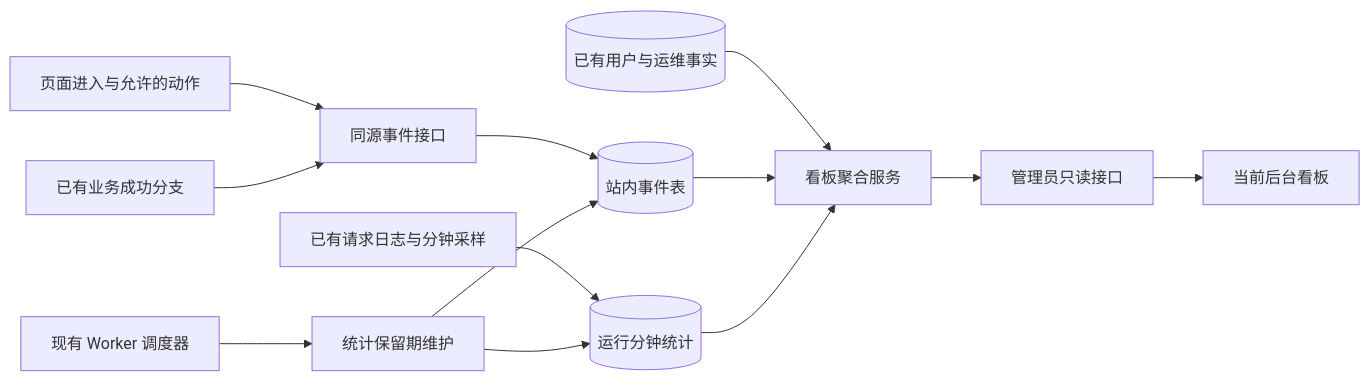
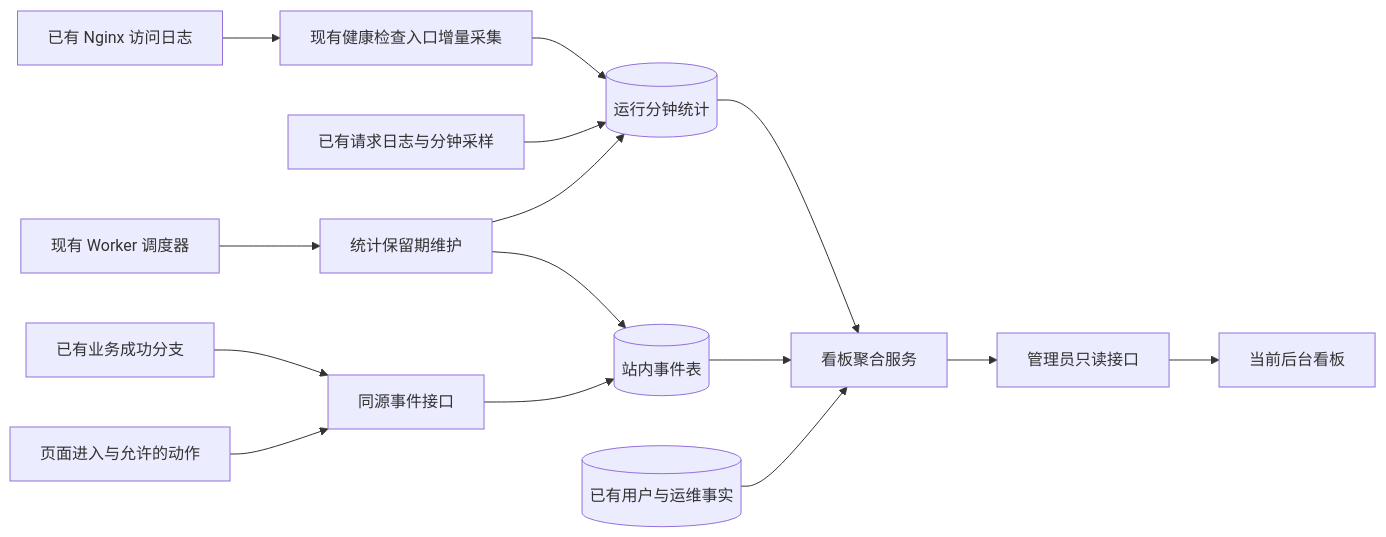
The diagram in docs/网站数据看板设计方案_20260906.md (321being123/chichanggenzong), drawn with Mermaid before and after one commit. The commit also changed other lines of this file and 46 other files, not shown here.

````diff
--- a/docs/网站数据看板设计方案_20260906.md
+++ b/docs/网站数据看板设计方案_20260906.md
@@ -204,15 +243,17 @@
 ```mermaid
 flowchart LR
   A[页面进入与允许的动作] --> B[同源事件接口]
   C[已有业务成功分支] --> B
   B --> D[(站内事件表)]
   E[已有请求日志与分钟采样] --> F[(运行分钟统计)]
+  N[已有 Nginx 访问日志] --> O[现有健康检查入口增量采集]
+  O --> F
   G[(已有用户与运维事实)] --> H[看板聚合服务]
   D --> H
   F --> H
   H --> I[管理员只读接口]
   I --> J[当前后台看板]
   K[现有 Worker 调度器] --> L[统计保留期维护]
   L --> D
   L --> F
 ```
````
